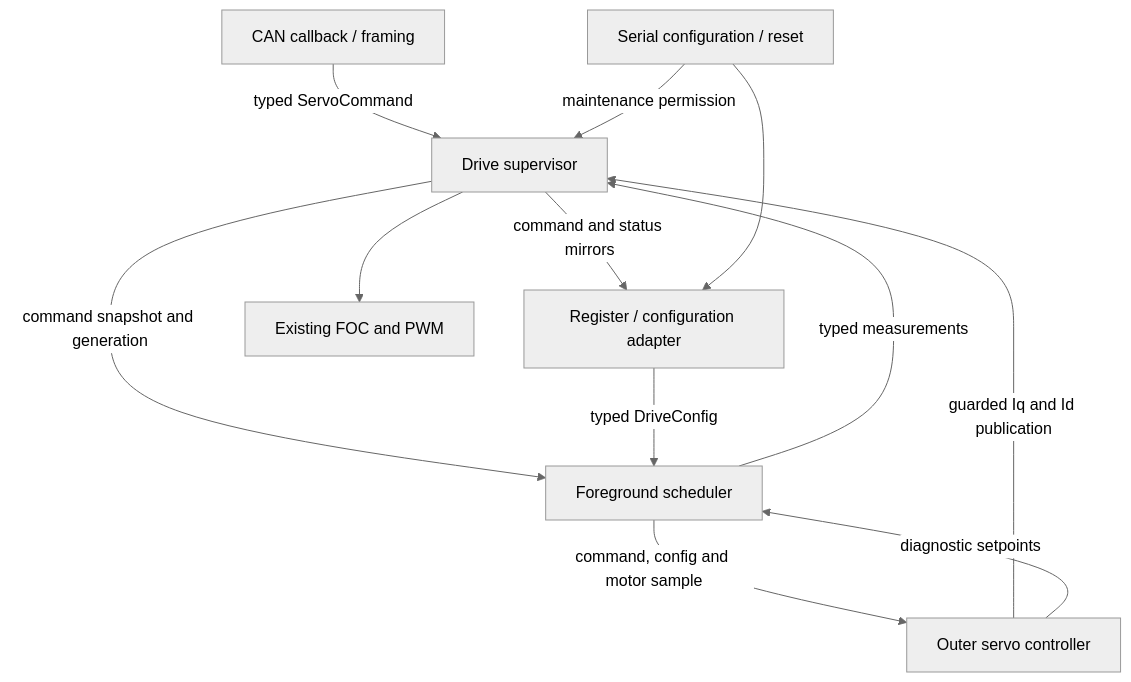
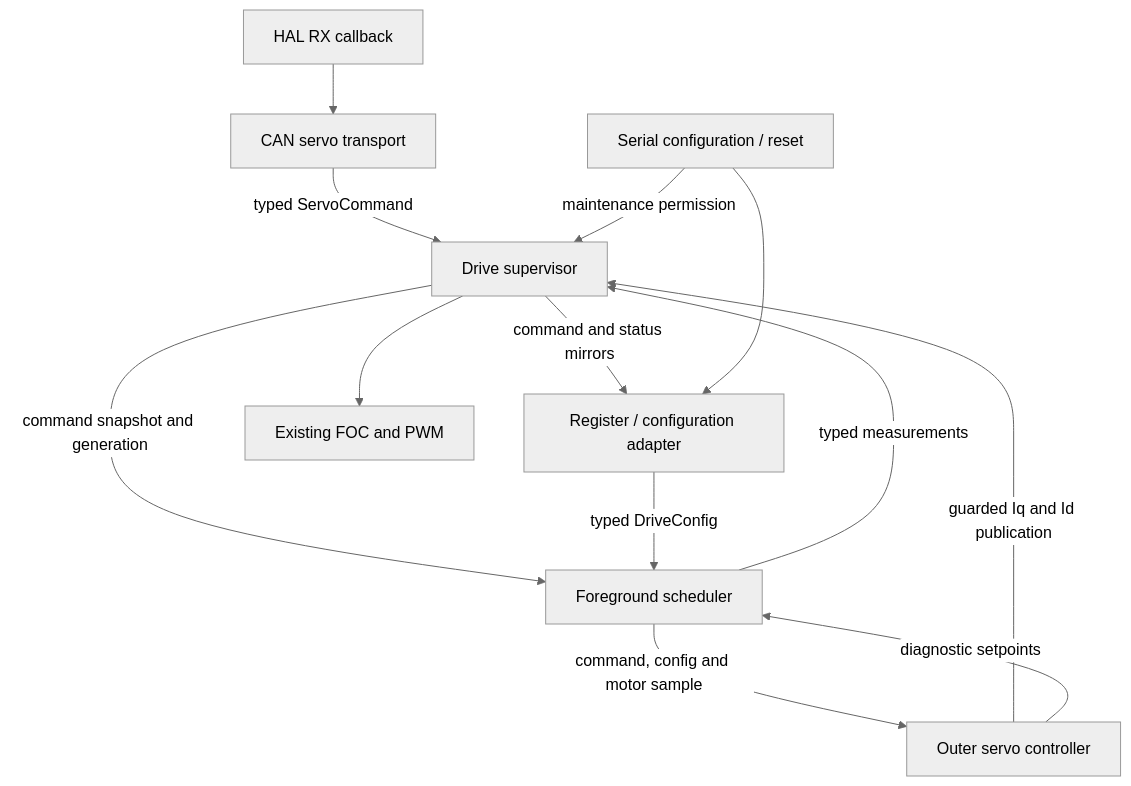
One commit to toblast/G431-Servo changed the diagram in docs/professional-architecture.md. Above: the diagram before and after it, drawn with Mermaid (neutral theme). The commit also changed other lines of this file and 14 other files, not shown here.

Commit message:
refactor: extract CAN servo transport

````diff
--- a/docs/professional-architecture.md
+++ b/docs/professional-architecture.md
@@ -19,14 +21,15 @@
 ```mermaid
 flowchart TD
-    CAN[CAN callback / framing] -->|typed ServoCommand| Drive[Drive supervisor]
+    Callback[HAL RX callback] --> CAN[CAN servo transport]
+    CAN -->|typed ServoCommand| Drive[Drive supervisor]
     Drive -->|command snapshot and generation| Main[Foreground scheduler]
     Config[Register / configuration adapter] -->|typed DriveConfig| Main
     Main -->|command, config and motor sample| Servo[Outer servo controller]
     Servo -->|guarded Iq and Id publication| Drive
     Servo -->|diagnostic setpoints| Main
     Drive --> FOC[Existing FOC and PWM]
     Main -->|typed measurements| Drive
     Drive -->|command and status mirrors| Config
     UART[Serial configuration / reset] -->|maintenance permission| Drive
     UART --> Config
 ```
````
